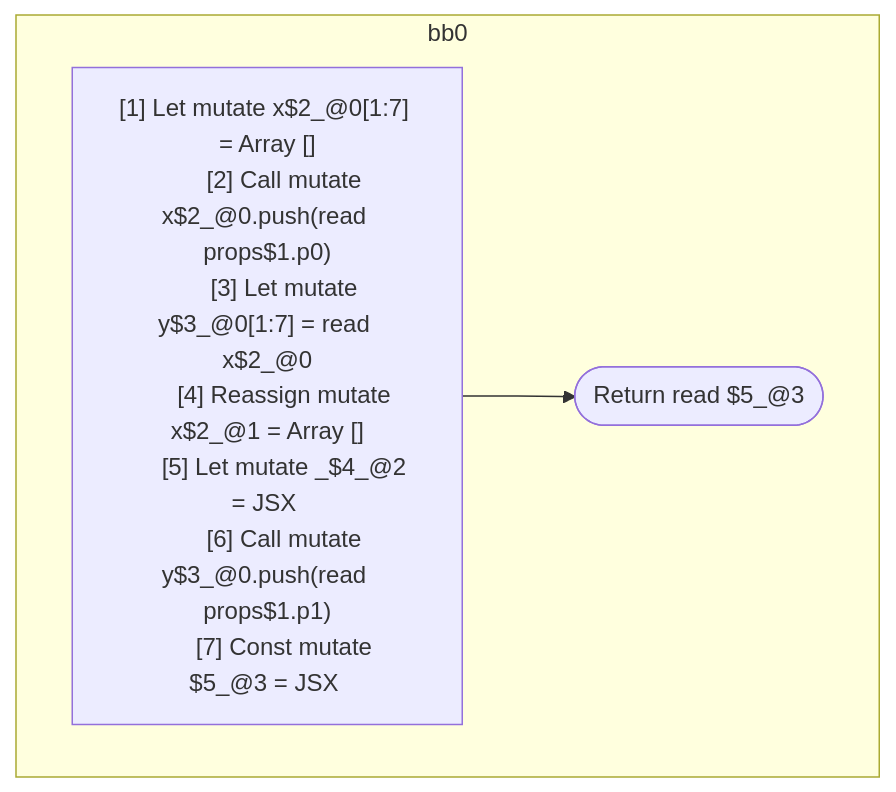
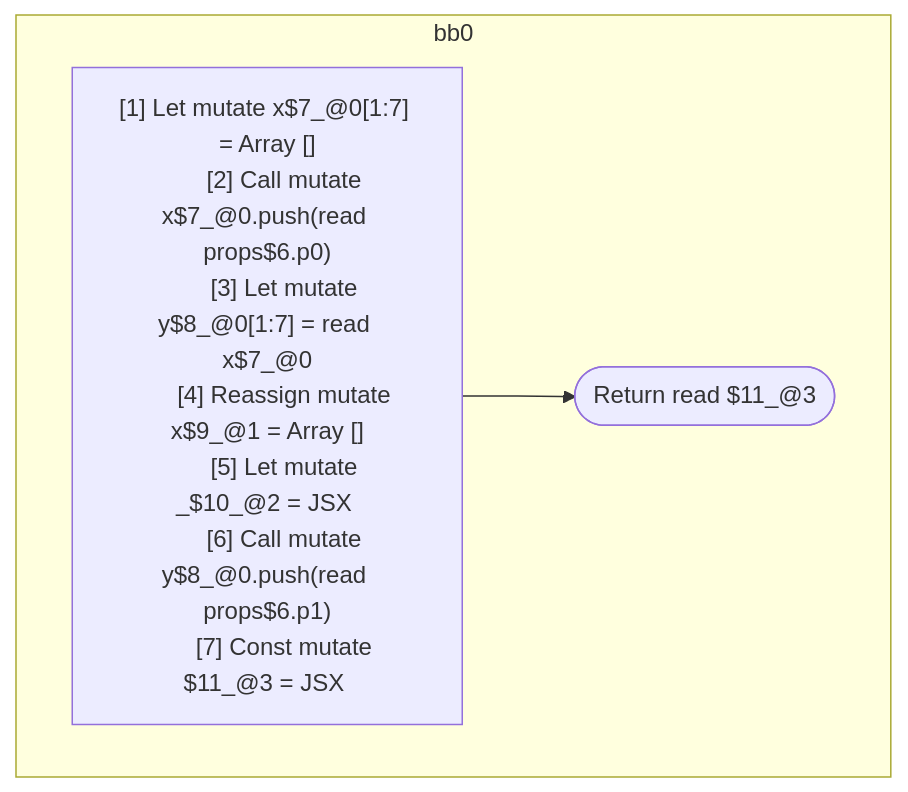
The diagram in compiler/forget/src/__tests__/fixtures/hir/reassignment.expect.md (wutsmog/private), drawn with Mermaid before and after one commit. The commit also changed other lines of this file and 59 other files, not shown here.

````diff
--- a/compiler/forget/src/__tests__/fixtures/hir/reassignment.expect.md
+++ b/compiler/forget/src/__tests__/fixtures/hir/reassignment.expect.md
@@ -36,19 +36,19 @@
 ```mermaid
 flowchart TB
   %% Basic Blocks
   subgraph bb0
     bb0_instrs["
-      [1] Let mutate x$2_@0[1:7] = Array []
-      [2] Call mutate x$2_@0.push(read props$1.p0)
-      [3] Let mutate y$3_@0[1:7] = read x$2_@0
-      [4] Reassign mutate x$2_@1 = Array []
-      [5] Let mutate _$4_@2 = JSX <read Component$0 x={freeze x$2_@1} ></read Component$0>
-      [6] Call mutate y$3_@0.push(read props$1.p1)
-      [7] Const mutate $5_@3 = JSX <read Component$0 x={read x$2_@1} y={freeze y$3_@0} ></read Component$0>
+      [1] Let mutate x$7_@0[1:7] = Array []
+      [2] Call mutate x$7_@0.push(read props$6.p0)
+      [3] Let mutate y$8_@0[1:7] = read x$7_@0
+      [4] Reassign mutate x$9_@1 = Array []
+      [5] Let mutate _$10_@2 = JSX <read Component$0 x={freeze x$9_@1} ></read Component$0>
+      [6] Call mutate y$8_@0.push(read props$6.p1)
+      [7] Const mutate $11_@3 = JSX <read Component$0 x={read x$9_@1} y={freeze y$8_@0} ></read Component$0>
     "]
-    bb0_instrs --> bb0_terminal(["Return read $5_@3"])
+    bb0_instrs --> bb0_terminal(["Return read $11_@3"])
   end
 
   %% Jumps
   %% empty
 ```
````
